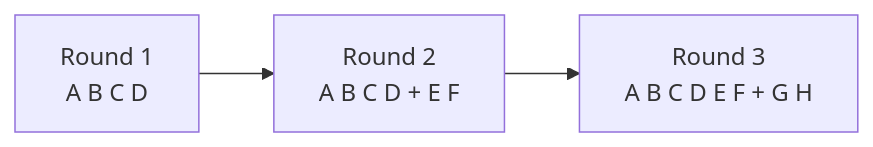
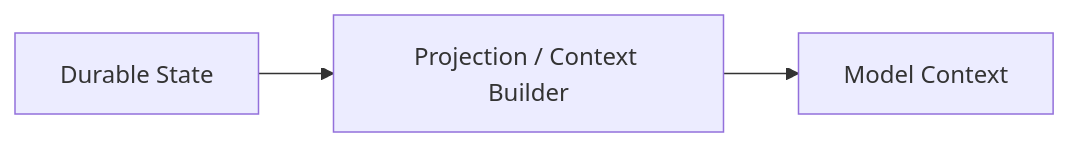
Before and after one commit to indigofeather/harness-book: the fourth of 6 diagrams in docs/foundations/context-and-caching.md, drawn with Mermaid. The commit also changed other lines of this file and 48 other files, not shown here.

````diff
--- a/docs/foundations/context-and-caching.md
+++ b/docs/foundations/context-and-caching.md
@@ -174,5 +123,5 @@
 ```mermaid
 flowchart LR
-  R1[Round 1\nA B C D] --> R2[Round 2\nA B C D + E F]
-  R2 --> R3[Round 3\nA B C D E F + G H]
+  D[Durable State] --> P[Projection / Context Builder]
+  P --> M[Model Context]
 ```
````
